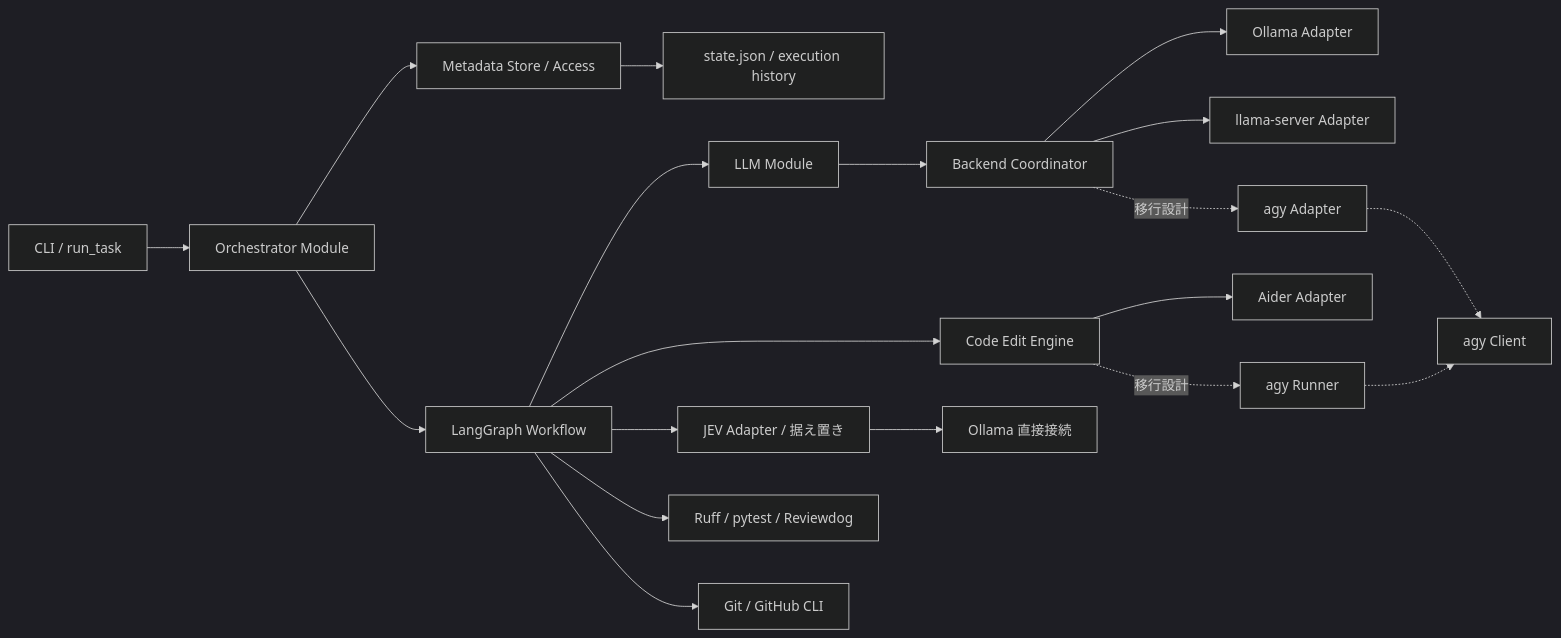
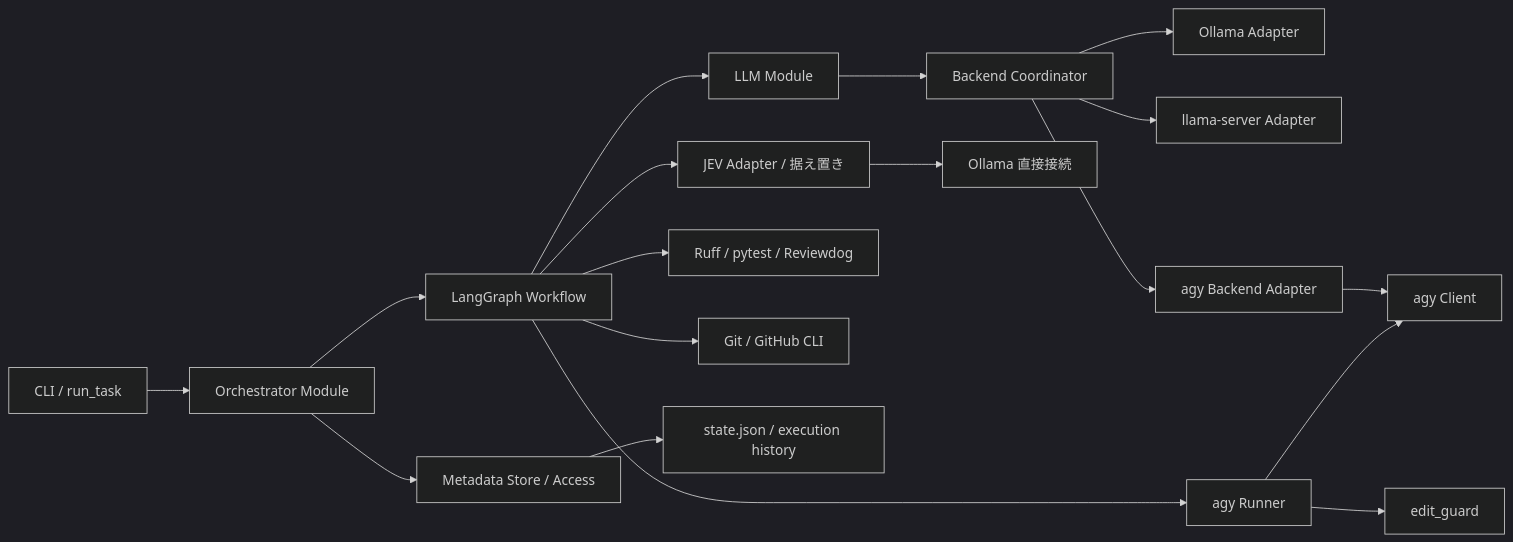
One commit to xzyozi/second-brain-graph changed the first of 3 diagrams in docs/design/SBOS-DD-003_詳細設計書.md. Above: the diagram before and after it, drawn with Mermaid (dark theme). The commit also changed other lines of this file and 6 other files, not shown here.

````diff
--- a/docs/design/SBOS-DD-003_詳細設計書.md
+++ b/docs/design/SBOS-DD-003_詳細設計書.md
@@ -37,21 +35,20 @@
 ```mermaid
 flowchart LR
     CLI[CLI / run_task] --> ORCH[Orchestrator Module]
     ORCH --> META[Metadata Store / Access]
     ORCH --> GRAPH[LangGraph Workflow]
     GRAPH --> LLM[LLM Module]
     LLM --> COORD[Backend Coordinator]
     COORD --> OLLAMA[Ollama Adapter]
     COORD --> LLAMA[llama-server Adapter]
-    COORD -. "移行設計" .-> AGYB[agy Adapter]
-    GRAPH --> EDIT[Code Edit Engine]
-    EDIT --> AIDER[Aider Adapter]
-    EDIT -. "移行設計" .-> AGYE[agy Runner]
-    AGYB -.-> AGYC[agy Client]
-    AGYE -.-> AGYC
+    COORD --> AGYB[agy Backend Adapter]
+    GRAPH --> EDIT[agy Runner]
+    EDIT --> GUARD[edit_guard]
+    AGYB --> AGYC[agy Client]
+    EDIT --> AGYC[agy Client]
     GRAPH --> JEV[JEV Adapter / 据え置き]
     JEV --> OLLAMAJ[Ollama 直接接続]
     GRAPH --> QUALITY[Ruff / pytest / Reviewdog]
     GRAPH --> GIT[Git / GitHub CLI]
     META --> STATE[state.json / execution history]
 ```
````
